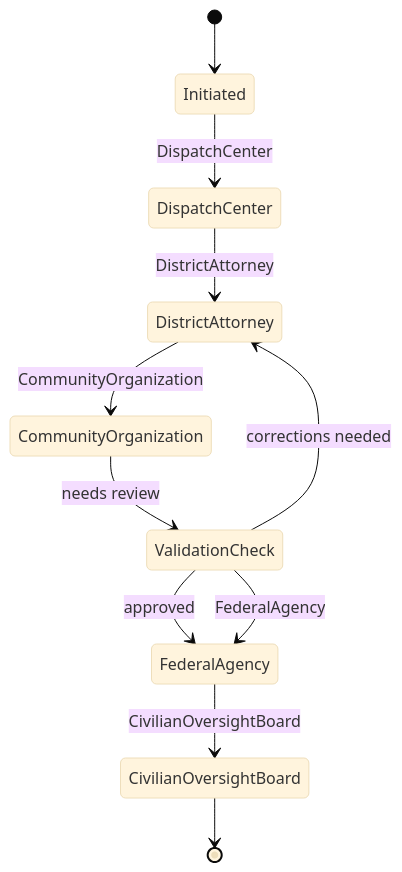
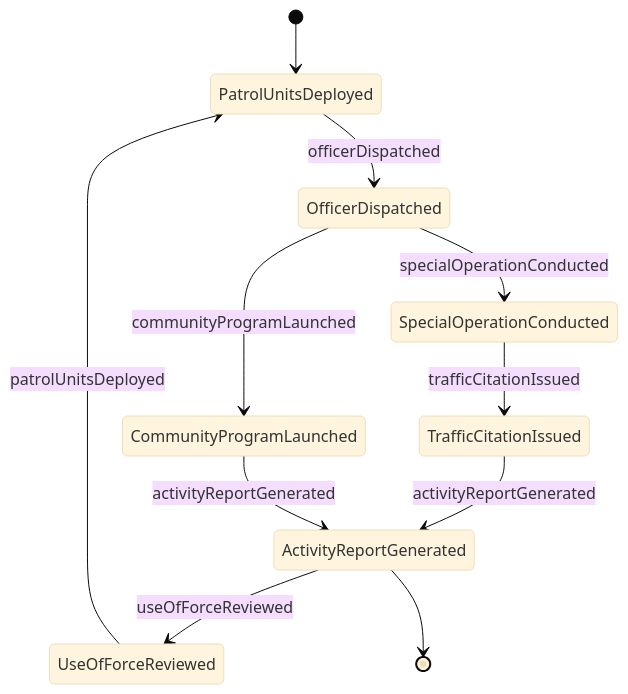
Before and after one commit to dot-org-ai/tasks.org.ai: the second of 4 diagrams in GuidingDirectingAndMotivatingSubordinates/DirectLegalActivities/DirectLawEnforcementActivities.mdx, drawn with Mermaid (base theme). The commit also changed other lines of this file and 515 other files, not shown here.

````diff
--- a/GuidingDirectingAndMotivatingSubordinates/DirectLegalActivities/DirectLawEnforcementActivities.mdx
+++ b/GuidingDirectingAndMotivatingSubordinates/DirectLegalActivities/DirectLawEnforcementActivities.mdx
@@ -108,13 +104,13 @@
 ```mermaid
 stateDiagram-v2
-    [*] --> Initiated
-    Initiated --> DispatchCenter: DispatchCenter
-    DispatchCenter --> DistrictAttorney: DistrictAttorney
-    DistrictAttorney --> CommunityOrganization: CommunityOrganization
-    CommunityOrganization --> ValidationCheck: needs review
-    ValidationCheck --> DistrictAttorney: corrections needed
-    ValidationCheck --> FederalAgency: approved
-    ValidationCheck --> FederalAgency: FederalAgency
-    FederalAgency --> CivilianOversightBoard: CivilianOversightBoard
-    CivilianOversightBoard --> [*]
+    [*] --> PatrolUnitsDeployed
+    PatrolUnitsDeployed --> OfficerDispatched : officerDispatched
+    OfficerDispatched --> SpecialOperationConducted : specialOperationConducted
+    SpecialOperationConducted --> TrafficCitationIssued : trafficCitationIssued
+    TrafficCitationIssued --> ActivityReportGenerated : activityReportGenerated
+    ActivityReportGenerated --> UseOfForceReviewed : useOfForceReviewed
+    UseOfForceReviewed --> PatrolUnitsDeployed : patrolUnitsDeployed
+    OfficerDispatched --> CommunityProgramLaunched : communityProgramLaunched
+    CommunityProgramLaunched --> ActivityReportGenerated : activityReportGenerated
+    ActivityReportGenerated --> [*]
 ```
````
